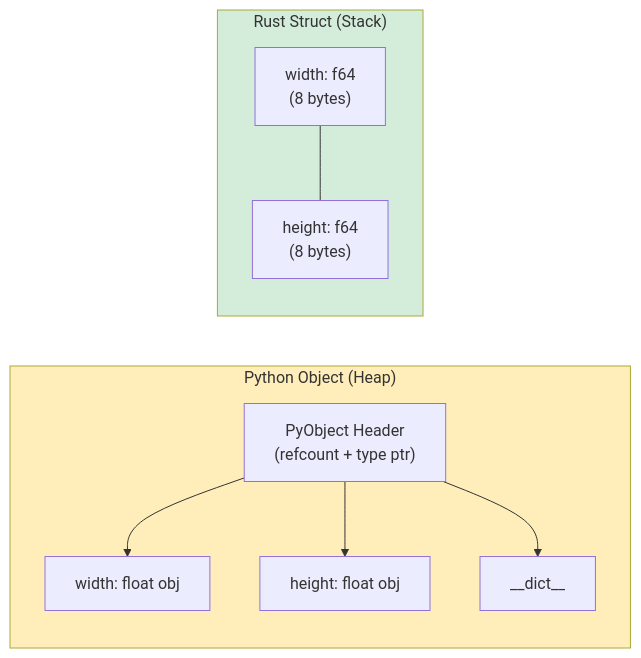
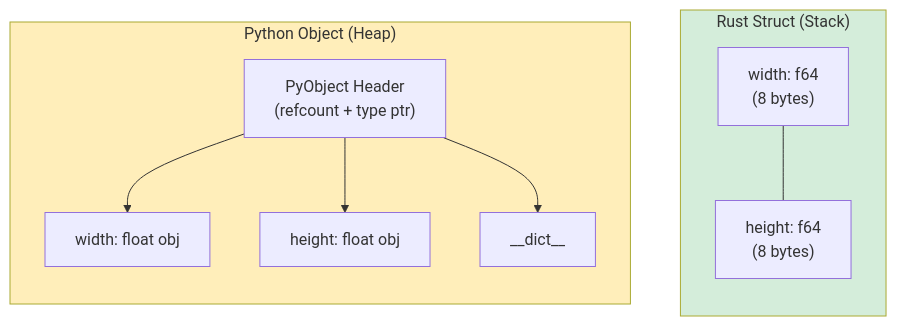
Before and after one commit to ruhankhandakar/rust-learning-microsoft: the diagram in content/python-book/ch05-data-structures-and-collections.md, drawn with Mermaid. The commit also changed 18 other files, not shown here.

````diff
--- a/content/python-book/ch05-data-structures-and-collections.md
+++ b/content/python-book/ch05-data-structures-and-collections.md
@@ -191,13 +191,14 @@
 ```mermaid
 flowchart LR
     subgraph Python ["Python Object (Heap)"]
         PH["PyObject Header<br/>(refcount + type ptr)"] --> PW["width: float obj"]
         PH --> PHT["height: float obj"]
         PH --> PD["__dict__"]
     end
+    Python ~~~ Rust
     subgraph Rust ["Rust Struct (Stack)"]
         RW["width: f64<br/>(8 bytes)"] --- RH["height: f64<br/>(8 bytes)"]
     end
     style Python fill:#ffeeba
     style Rust fill:#d4edda
 ```
````
